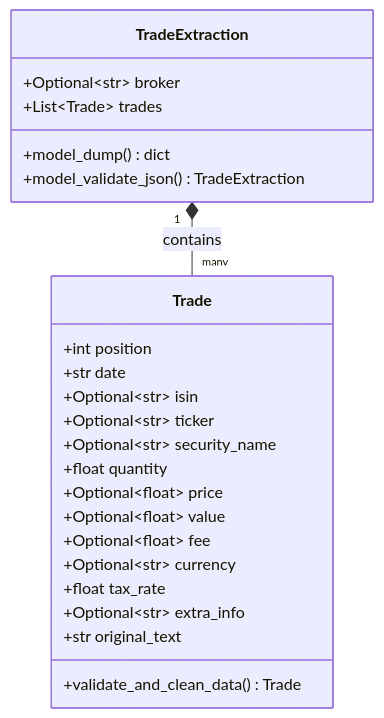
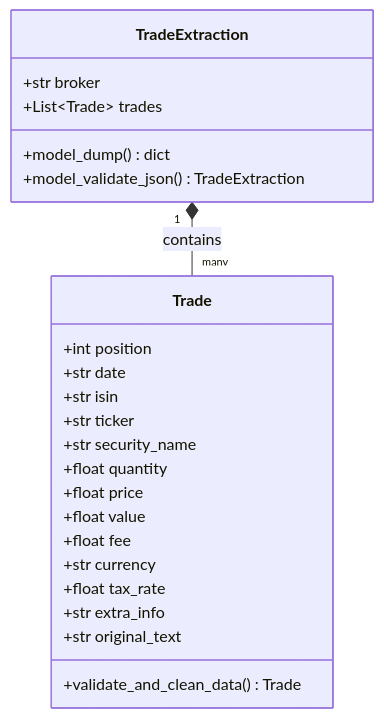
Before and after one commit to ondrejlabs/tobot: the diagram in readme.md, drawn with Mermaid. The commit also changed other lines of this file, not shown here.

Commit message:
simplify datamodel scheme in doc

`````diff
--- a/readme.md
+++ b/readme.md
@@ -103,30 +103,30 @@
 ````mermaid
   classDiagram
     direction TB
     
     class TradeExtraction {
-        +Optional~str~ broker
+        +str broker
         +List~Trade~ trades
         +model_dump() dict
         +model_validate_json() TradeExtraction
     }
     
     class Trade {
         +int position
         +str date
-        +Optional~str~ isin
-        +Optional~str~ ticker
-        +Optional~str~ security_name
+        +str isin
+        +str ticker
+        +str security_name
         +float quantity
-        +Optional~float~ price
-        +Optional~float~ value
-        +Optional~float~ fee
-        +Optional~str~ currency
+        +float price
+        +float value
+        +float fee
+        +str currency
         +float tax_rate
-        +Optional~str~ extra_info
+        +str extra_info
         +str original_text
         +validate_and_clean_data() Trade
     }
 
     TradeExtraction "1" *-- "many" Trade : contains
   ````
`````
